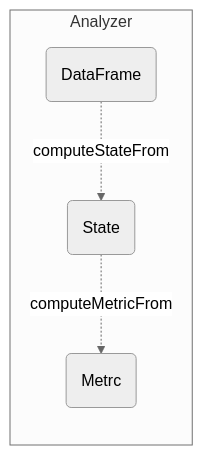
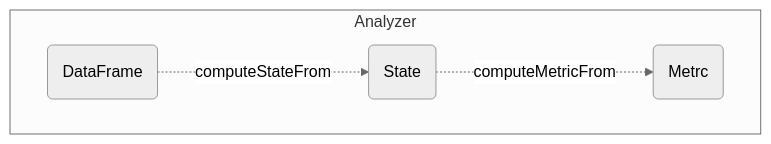
One commit to TomAndersen0714/notebooks changed the first of 8 diagrams in work/component/Big-Data/Deequ/mechanism/Deequ-State-Metric-and-Analyzer.md. Above: the diagram before and after it, drawn with Mermaid (neutral theme).

Commit message:
更新deequ相关文档

````diff
--- a/work/component/Big-Data/Deequ/mechanism/Deequ-State-Metric-and-Analyzer.md
+++ b/work/component/Big-Data/Deequ/mechanism/Deequ-State-Metric-and-Analyzer.md
@@ -19,12 +19,13 @@
 ```mermaid
 flowchart LR
 
 B(DataFrame)
 C(State)
 D(Metrc)
 
 subgraph Analyzer
-B -.->|computeStateFrom| C
-C -.->|computeMetricFrom| D
+	direction LR
+	B -.->|computeStateFrom| C
+	C -.->|computeMetricFrom| D
 end
 ```
````
